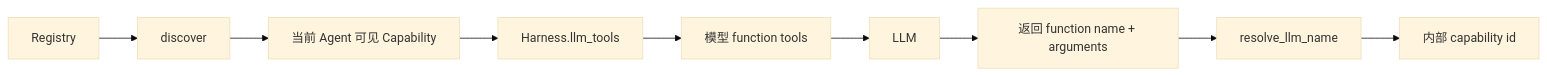
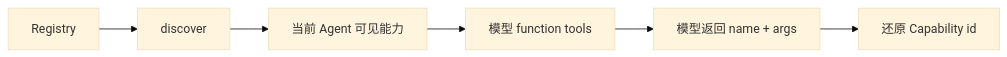
Before and after one commit to Arthur999459up/GitAgent: the seventh of 15 diagrams in docs/05-capability-and-tool-system.md, drawn with Mermaid (base theme). The commit also changed other lines of this file and 15 other files, not shown here.

````diff
--- a/docs/05-capability-and-tool-system.md
+++ b/docs/05-capability-and-tool-system.md
@@ -338,11 +188,8 @@
 ```mermaid
 flowchart LR
-    REG[Registry] --> D[discover]
-    D --> V[当前 Agent 可见 Capability]
-    V --> L[Harness.llm_tools]
-    L --> F[模型 function tools]
-    F --> M[LLM]
-    M --> FN[返回 function name + arguments]
-    FN --> RES[resolve_llm_name]
-    RES --> CID[内部 capability id]
+    R[Registry] --> D[discover]
+    D --> V[当前 Agent 可见能力]
+    V --> T[模型 function tools]
+    T --> M[模型返回 name + args]
+    M --> C[还原 Capability id]
 ```
````
